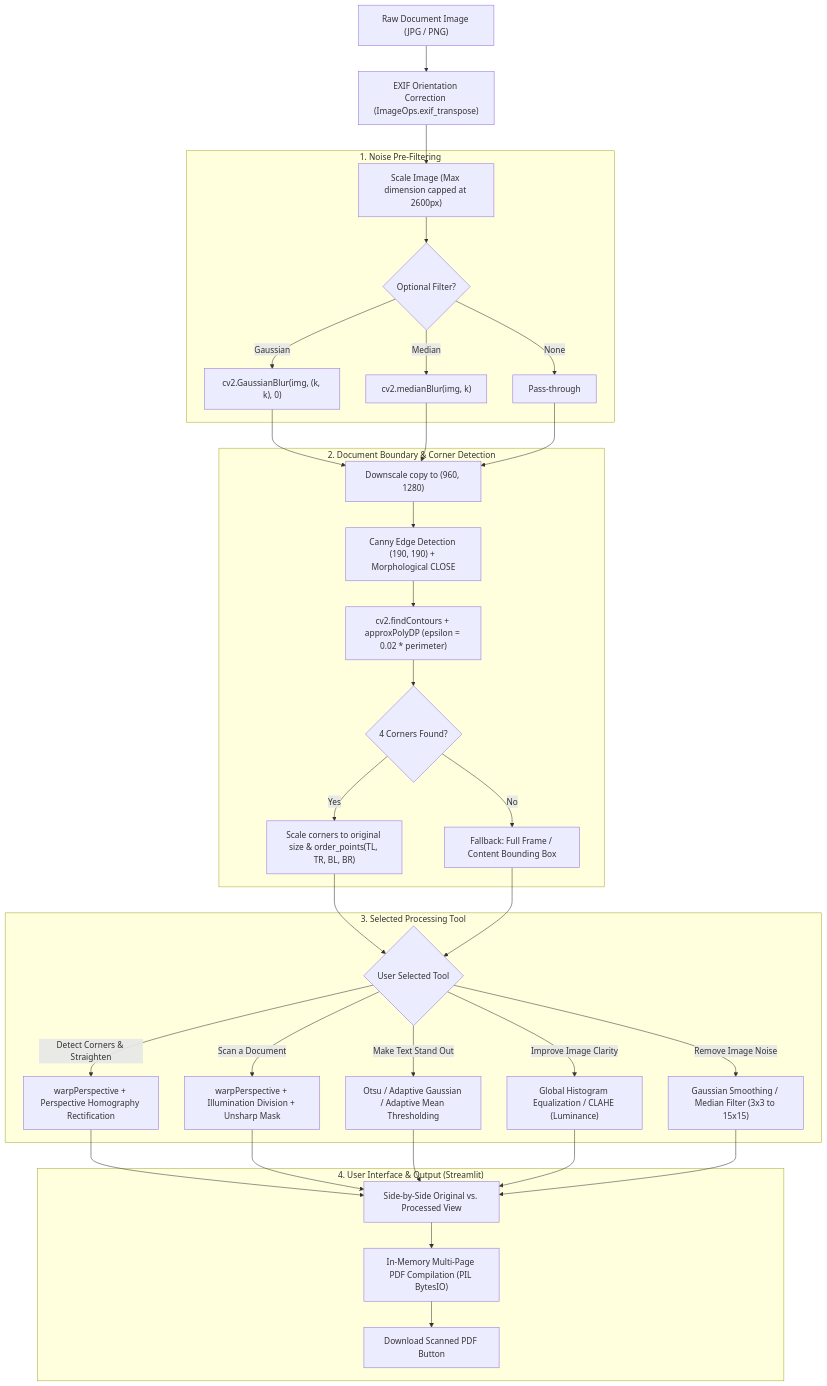
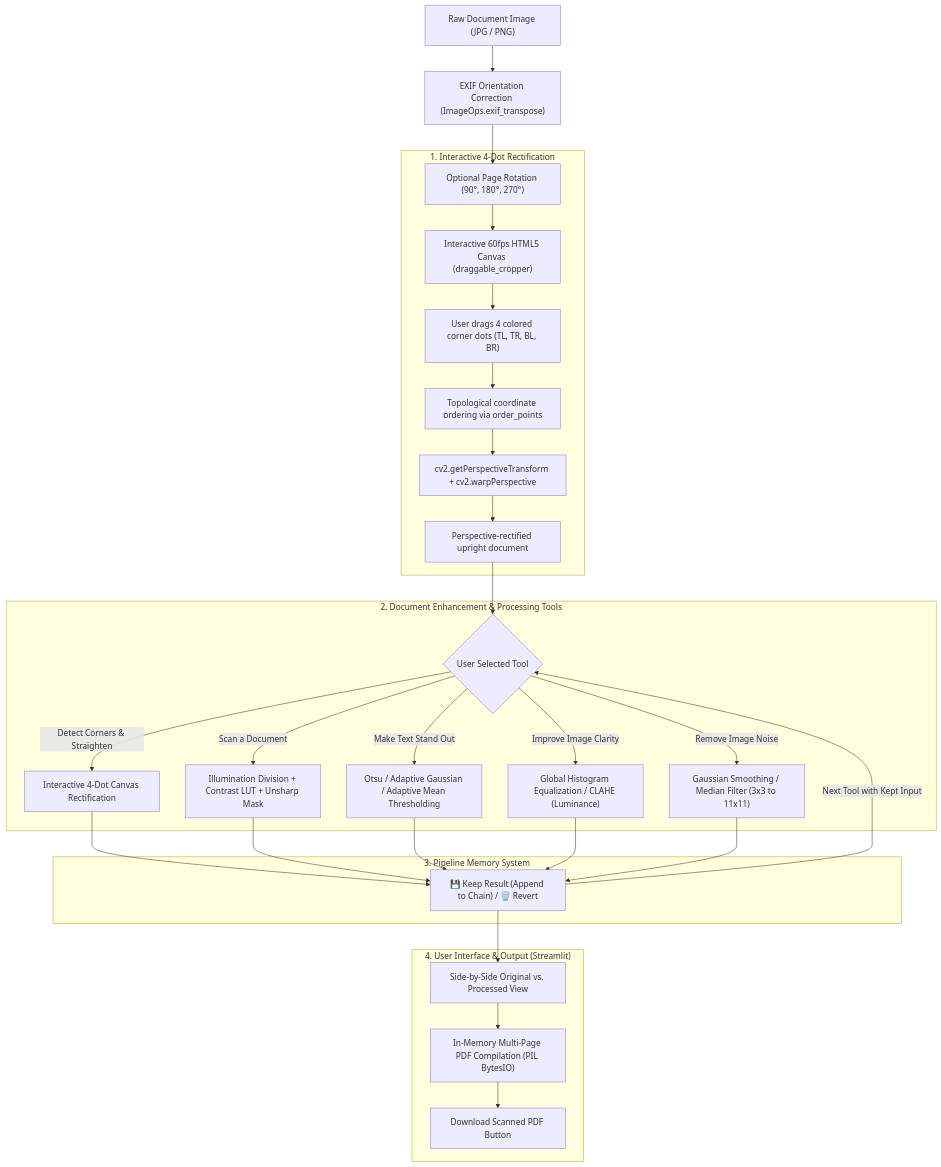
One commit to Neelam-3432/Section-C_Team_Number-15 changed the diagram in README.md. Above: the diagram before and after it, drawn with Mermaid. The commit also changed other lines of this file and 4 other files, not shown here.

Commit message:
Remove legacy automatic edge detection and align code, report, and presentation with interactive 4-dot homography and pipeline memory

````diff
--- a/README.md
+++ b/README.md
@@ -103,36 +103,33 @@
 ```mermaid
 flowchart TD
     A["Raw Document Image (JPG / PNG)"] --> B["EXIF Orientation Correction (ImageOps.exif_transpose)"]
-    B --> C["Scale Image (Max dimension capped at 2600px)"]
+    B --> C["Optional Page Rotation (90°, 180°, 270°)"]
 
-    subgraph S1["1. Noise Pre-Filtering "]
-        C --> D{"Optional Filter?"}
-        D -->|Gaussian| D1["cv2.GaussianBlur(img, (k, k), 0)"]
-        D -->|Median| D2["cv2.medianBlur(img, k)"]
-        D -->|None| D3["Pass-through"]
+    subgraph S1["1. Interactive 4-Dot Rectification"]
+        C --> D1["Interactive 60fps HTML5 Canvas (draggable_cropper)"]
+        D1 --> D2["User drags 4 colored corner dots (TL, TR, BL, BR)"]
+        D2 --> D3["Topological coordinate ordering via order_points"]
+        D3 --> D4["cv2.getPerspectiveTransform + cv2.warpPerspective"]
+        D4 --> D5["Perspective-rectified upright document"]
     end
 
-    subgraph S2["2. Document Boundary & Corner Detection "]
-        D1 & D2 & D3 --> E1["Downscale copy to (960, 1280)"]
-        E1 --> E2["Canny Edge Detection (190, 190) + Morphological CLOSE"]
-        E2 --> E3["cv2.findContours + approxPolyDP (epsilon = 0.02 * perimeter)"]
-        E3 --> E4{"4 Corners Found?"}
-        E4 -->|Yes| E5["Scale corners to original size & order_points(TL, TR, BL, BR)"]
-        E4 -->|No| E6["Fallback: Full Frame / Content Bounding Box"]
+    subgraph S2["2. Document Enhancement & Processing Tools"]
+        D5 --> F{"User Selected Tool"}
+        F -->|Detect Corners & Straighten| G0["Interactive 4-Dot Canvas Rectification"]
+        F -->|Scan a Document| G1["Illumination Division + Contrast LUT + Unsharp Mask"]
+        F -->|Make Text Stand Out| G2["Otsu / Adaptive Gaussian / Adaptive Mean Thresholding"]
+        F -->|Improve Image Clarity| G3["Global Histogram Equalization / CLAHE (Luminance)"]
+        F -->|Remove Image Noise| G4["Gaussian Smoothing / Median Filter (3x3 to 11x11)"]
     end
 
-    subgraph S3["3. Selected Processing Tool"]
-        E5 & E6 --> F{"User Selected Tool"}
-        F -->|Detect Corners & Straighten| G0["warpPerspective + Perspective Homography Rectification"]
-        F -->|Scan a Document| G1["warpPerspective + Illumination Division + Unsharp Mask"]
-        F -->|Make Text Stand Out| G2["Otsu / Adaptive Gaussian / Adaptive Mean Thresholding"]
-        F -->|Improve Image Clarity| G3["Global Histogram Equalization / CLAHE (Luminance)"]
-        F -->|Remove Image Noise| G4["Gaussian Smoothing / Median Filter (3x3 to 15x15)"]
+    subgraph S3["3. Pipeline Memory System"]
+        G0 & G1 & G2 & G3 & G4 --> MEM["💾 Keep Result (Append to Chain) / 🗑️ Revert"]
+        MEM -->|Next Tool with Kept Input| F
     end
 
     subgraph S4["4. User Interface & Output (Streamlit)"]
-        G0 & G1 & G2 & G3 & G4 --> H1["Side-by-Side Original vs. Processed View"]
+        MEM --> H1["Side-by-Side Original vs. Processed View"]
         H1 --> H3["In-Memory Multi-Page PDF Compilation (PIL BytesIO)"]
         H3 --> H4["Download Scanned PDF Button"]
     end
 ```
````
